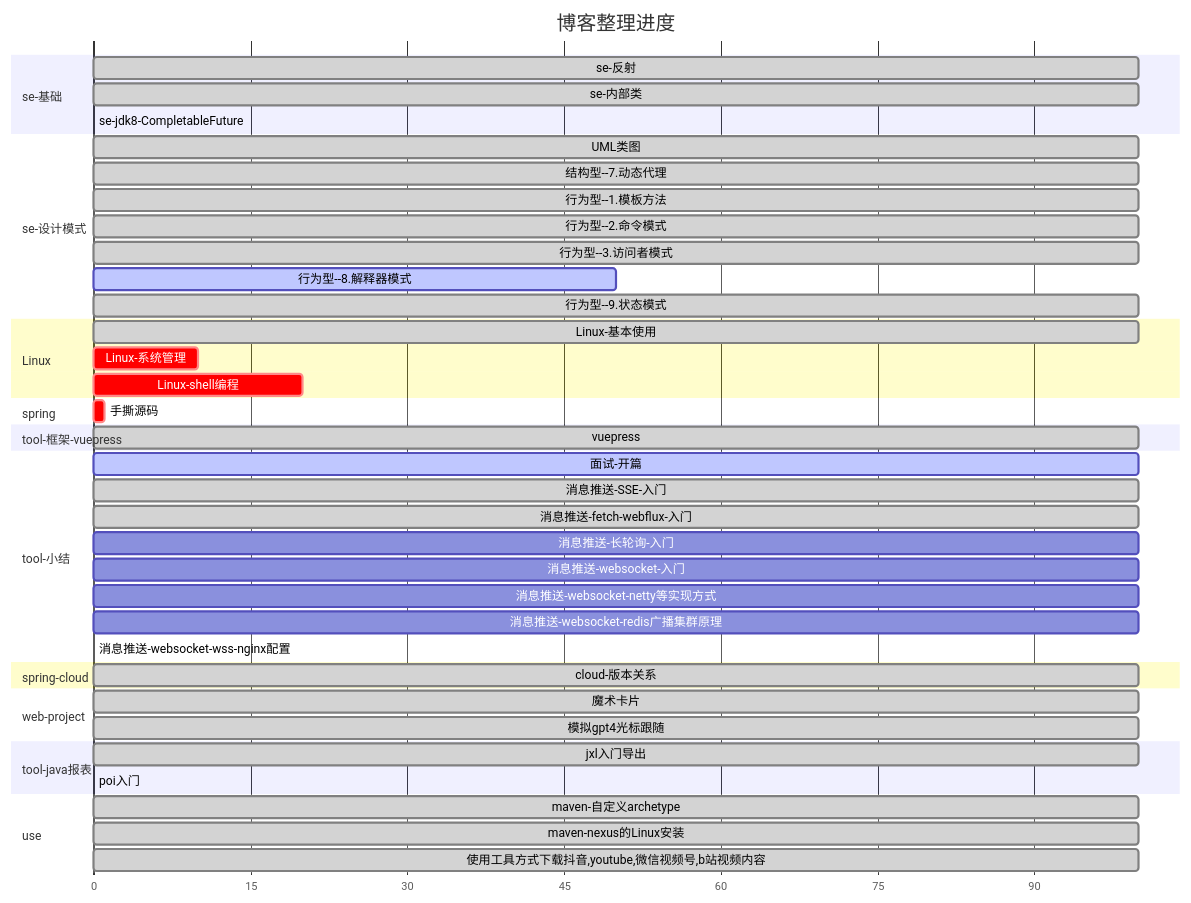
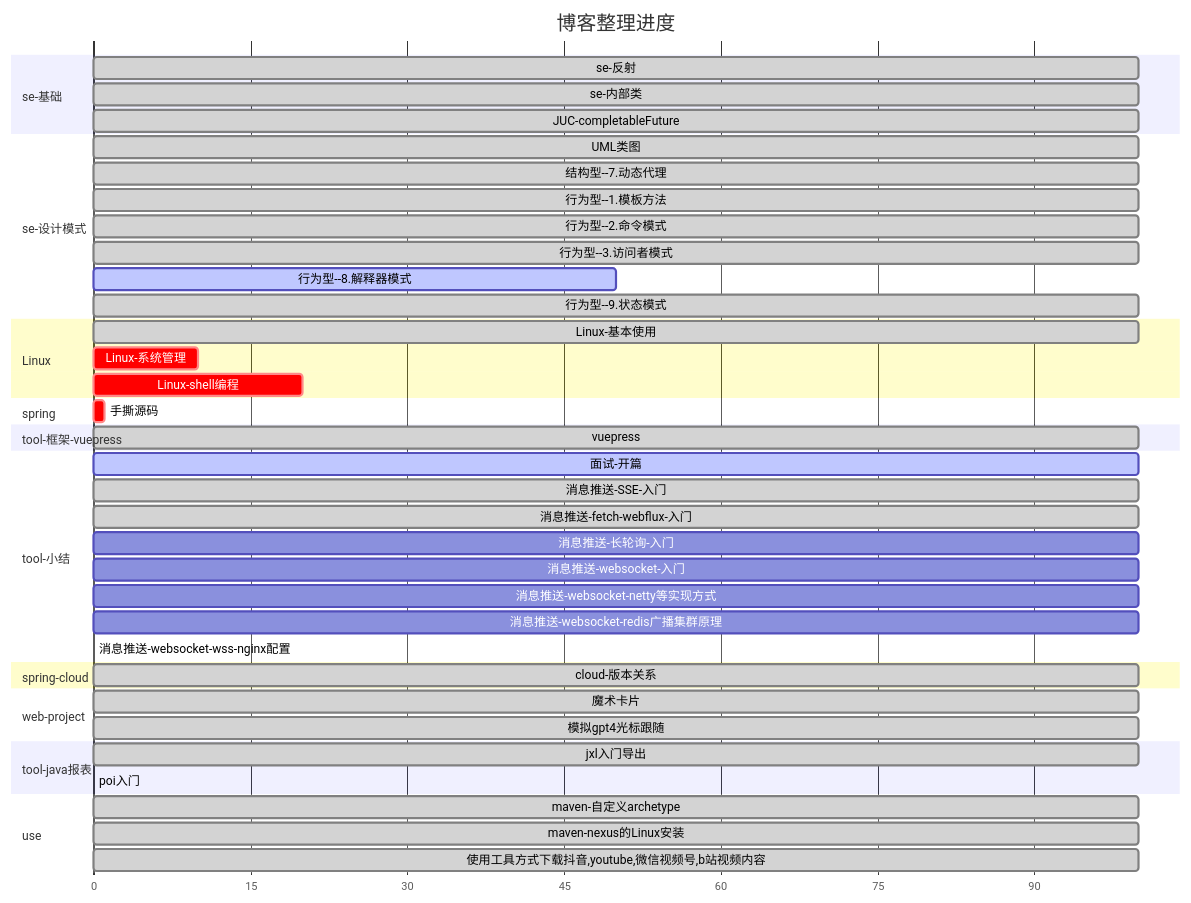
Before and after one commit to zs-mcu/docs: the diagram in docs/README.md, drawn with Mermaid. The commit also changed 1 other file, not shown here.

Commit message:
JUC-completableFuture

```diff
--- a/docs/README.md
+++ b/docs/README.md
@@ -36,7 +36,7 @@
   section se-基础
   se-反射           :  done,0, 100
   se-内部类         :  done,0,100
-  se-jdk8-CompletableFuture: active,0,0
+  JUC-completableFuture: done,0,100
 
   section se-设计模式
   UML类图   : done,0,100
```
